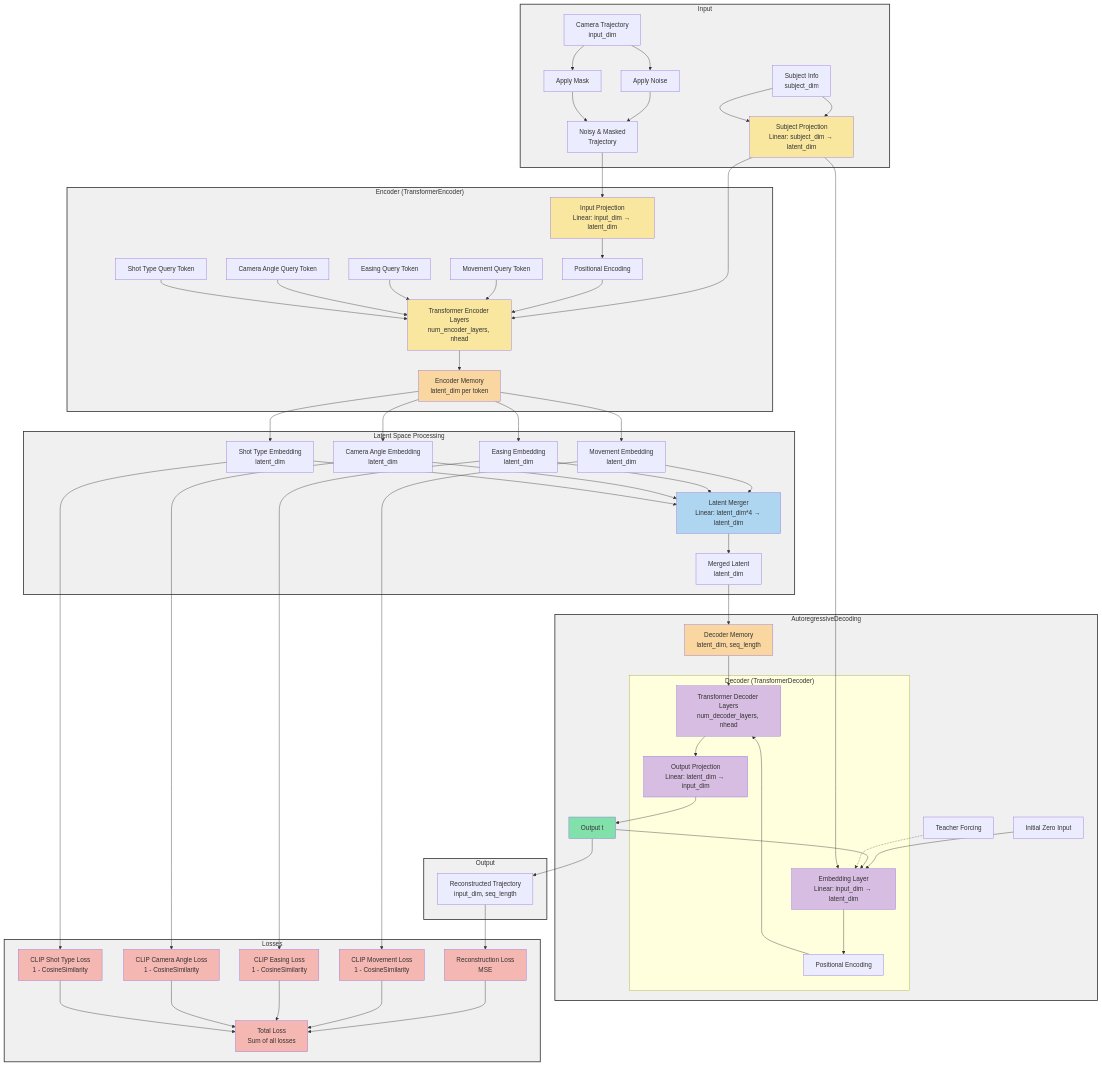
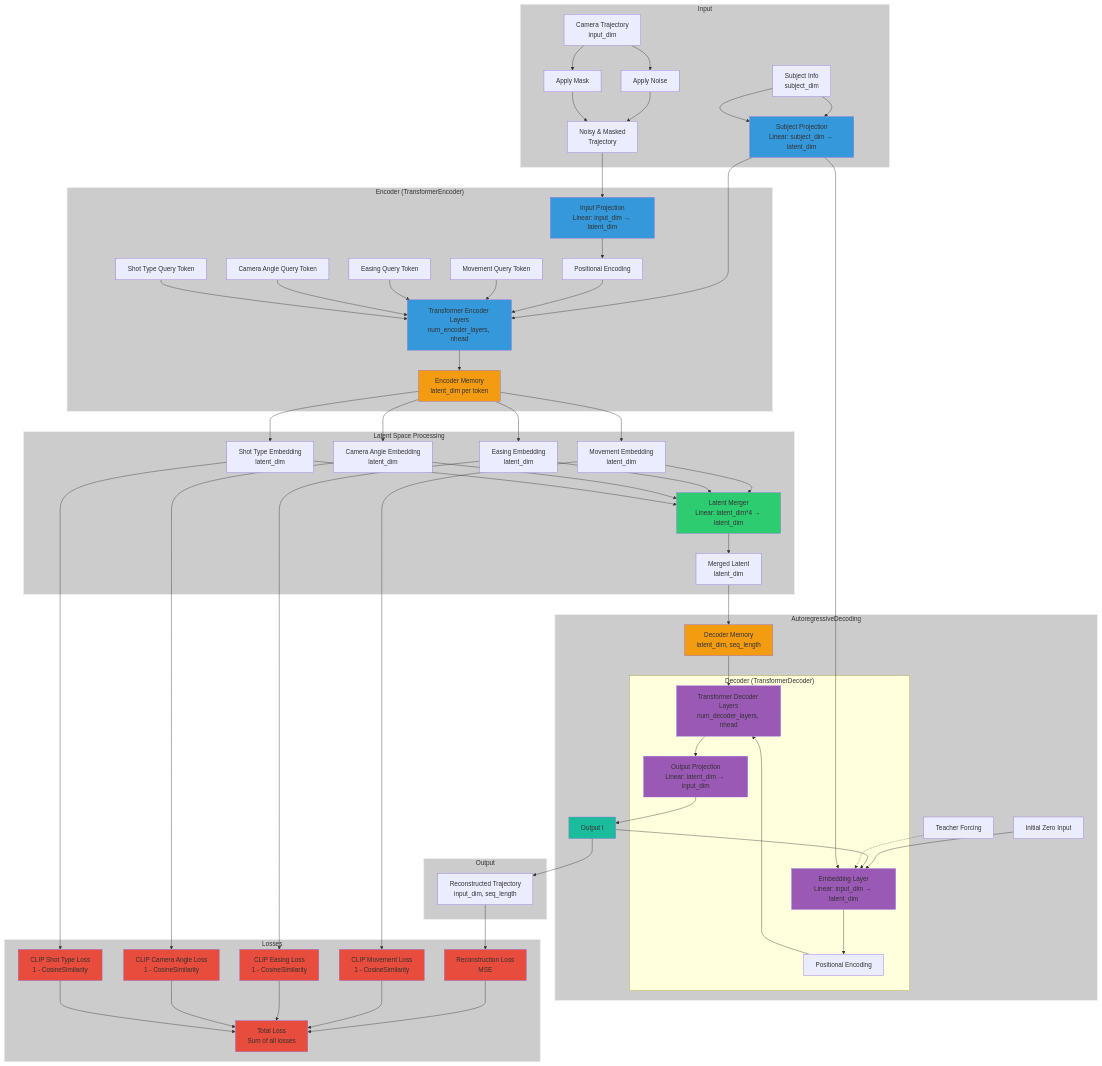
The diagram in multi-task-autoencoder-diagram.mermaid (ZahraDehghanian97/LensCraft), drawn with Mermaid before and after one commit. The commit also changed 1 other file, not shown here.

Commit message:
Refactor graph to better visualize in night mode

```diff
--- a/multi-task-autoencoder-diagram.mermaid
+++ b/multi-task-autoencoder-diagram.mermaid
@@ -1,96 +1,96 @@
 graph TD
     subgraph Input
         A[Camera Trajectory<br>input_dim] --> B[Apply Noise]
         A --> C[Apply Mask]
         B & C --> D[Noisy & Masked<br>Trajectory]
         S[Subject Info<br>subject_dim] --> SP[Subject Projection<br>Linear: subject_dim → latent_dim]
     end
 
     subgraph Encoder["Encoder (TransformerEncoder)"]
         E[Input Projection<br>Linear: input_dim → latent_dim]
         F[Positional Encoding]
         G[Transformer Encoder Layers<br>num_encoder_layers, nhead]
         H1[Movement Query Token]
         H2[Easing Query Token]
         H3[Camera Angle Query Token]
         H4[Shot Type Query Token]
         M1[Encoder Memory<br>latent_dim per token]
     end
 
     subgraph LatentSpace["Latent Space Processing"]
         I1[Movement Embedding<br>latent_dim]
         I2[Easing Embedding<br>latent_dim]
         I3[Camera Angle Embedding<br>latent_dim]
         I4[Shot Type Embedding<br>latent_dim]
         J[Latent Merger<br>Linear: latent_dim*4 → latent_dim]
         K[Merged Latent<br>latent_dim]
     end
 
     subgraph AutoregressiveDecoding
         subgraph Decoder["Decoder (TransformerDecoder)"]
             L[Embedding Layer<br>Linear: input_dim → latent_dim]
             M[Positional Encoding]
             N[Transformer Decoder Layers<br>num_decoder_layers, nhead]
             O[Output Projection<br>Linear: latent_dim → input_dim]
         end
         P[Initial Zero Input]
         Q[Teacher Forcing]
         R1[Output t]
         M2[Decoder Memory<br>latent_dim, seq_length]
     end
 
     subgraph Output
         R[Reconstructed Trajectory<br>input_dim, seq_length]
     end
 
     subgraph Losses
         S1[Reconstruction Loss<br>MSE]
         S2[CLIP Movement Loss<br>1 - CosineSimilarity]
         S3[CLIP Easing Loss<br>1 - CosineSimilarity]
         S4[CLIP Camera Angle Loss<br>1 - CosineSimilarity]
         S5[CLIP Shot Type Loss<br>1 - CosineSimilarity]
         T[Total Loss<br>Sum of all losses]
     end
 
     S --> SP
     SP --> G
     D --> E --> F --> G
     H1 & H2 & H3 & H4 --> G
     G --> M1
     M1 --> I1 & I2 & I3 & I4
     I1 & I2 & I3 & I4 --> J --> K
     K --> M2
     M2 --> N
     P --> L
     L --> M --> N
     N --> O --> R1
     R1 --> L
     Q -.-> L
     R1 --> R
     R --> S1
     I1 --> S2
     I2 --> S3
     I3 --> S4
     I4 --> S5
     S1 & S2 & S3 & S4 & S5 --> T
     SP --> L
 
-    classDef subgraphStyle fill:#f0f0f0,stroke:#333,stroke-width:2px;
+    classDef subgraphStyle fill:#cccccc,stroke:#ecf0f1,stroke-width:2px;
     class Input,Encoder,LatentSpace,AutoregressiveDecoding,Output,Losses subgraphStyle;
 
-    style E fill:#f9e79f
-    style G fill:#f9e79f
-    style J fill:#aed6f1
-    style L fill:#d7bde2
-    style N fill:#d7bde2
-    style O fill:#d7bde2
-    style M1 fill:#fad7a0
-    style M2 fill:#fad7a0
-    style R1 fill:#82e0aa
-    style S1 fill:#f5b7b1
-    style S2 fill:#f5b7b1
-    style S3 fill:#f5b7b1
-    style S4 fill:#f5b7b1
-    style S5 fill:#f5b7b1
-    style T fill:#f5b7b1
-    style SP fill:#f9e79f
+    style E fill:#3498db
+    style G fill:#3498db
+    style J fill:#2ecc71
+    style L fill:#9b59b6
+    style N fill:#9b59b6
+    style O fill:#9b59b6
+    style M1 fill:#f39c12
+    style M2 fill:#f39c12
+    style R1 fill:#1abc9c
+    style S1 fill:#e74c3c
+    style S2 fill:#e74c3c
+    style S3 fill:#e74c3c
+    style S4 fill:#e74c3c
+    style S5 fill:#e74c3c
+    style T fill:#e74c3c
+    style SP fill:#3498db
```
